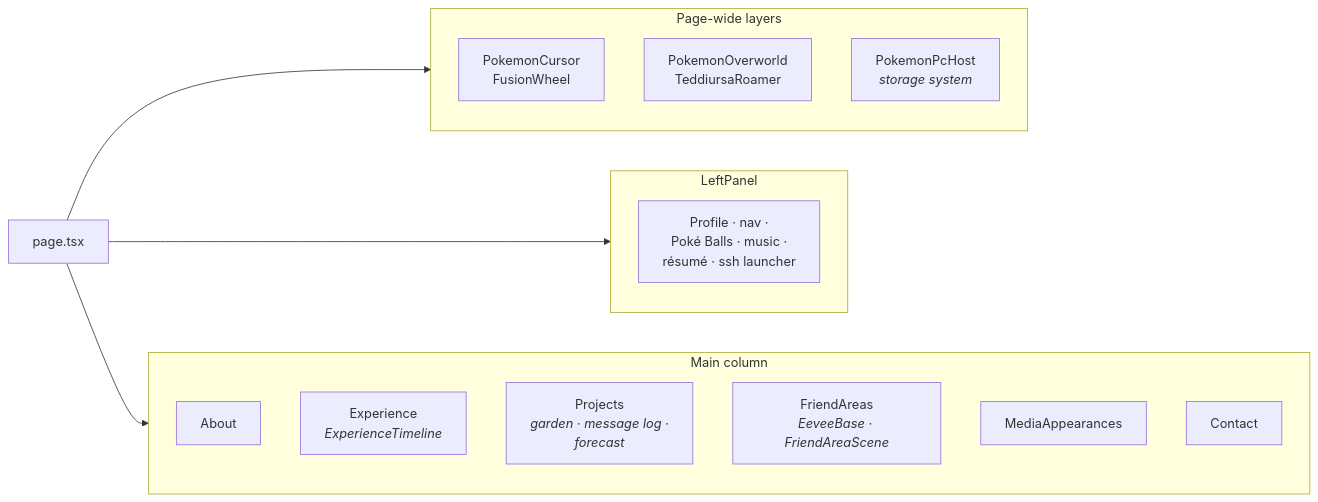
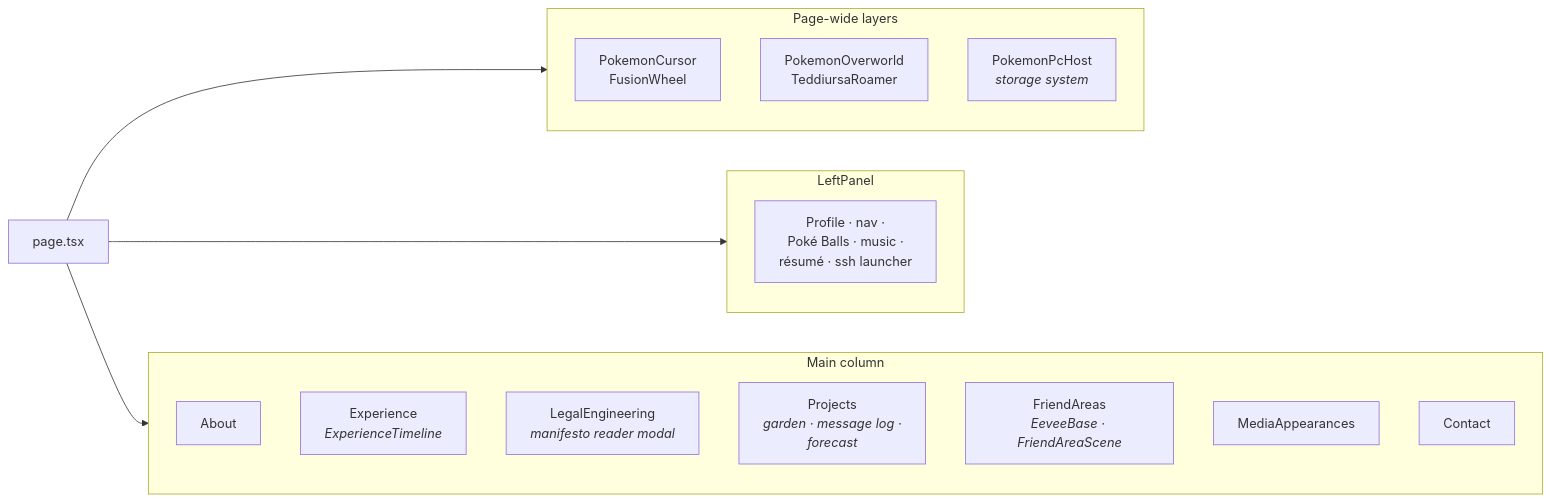
The second of 6 diagrams in ARCHITECTURE.md (kevanwee/kevanwee), drawn with Mermaid before and after one commit. The commit also changed other lines of this file and 30 other files, not shown here.

Commit message:
Add Legal Engineering portfolio section and group recent work

````diff
--- a/ARCHITECTURE.md
+++ b/ARCHITECTURE.md
@@ -72,21 +72,22 @@
 ```mermaid
 flowchart LR
     page["page.tsx"]
     subgraph overlay["Page-wide layers"]
         cursor["PokemonCursor<br/>FusionWheel"]
         roam["PokemonOverworld<br/>TeddiursaRoamer"]
         pc["PokemonPcHost<br/><i>storage system</i>"]
     end
     subgraph left["LeftPanel"]
         hero["Profile · nav ·<br/>Poké Balls · music ·<br/>résumé · ssh launcher"]
     end
     subgraph main["Main column"]
         about["About"]
         exp["Experience<br/><i>ExperienceTimeline</i>"]
+        legal["LegalEngineering<br/><i>manifesto reader modal</i>"]
         proj["Projects<br/><i>garden · message log ·<br/>forecast</i>"]
         fa["FriendAreas<br/><i>EeveeBase · FriendAreaScene</i>"]
         media["MediaAppearances"]
         contact["Contact"]
     end
     page --> overlay & left & main
 ```
````
